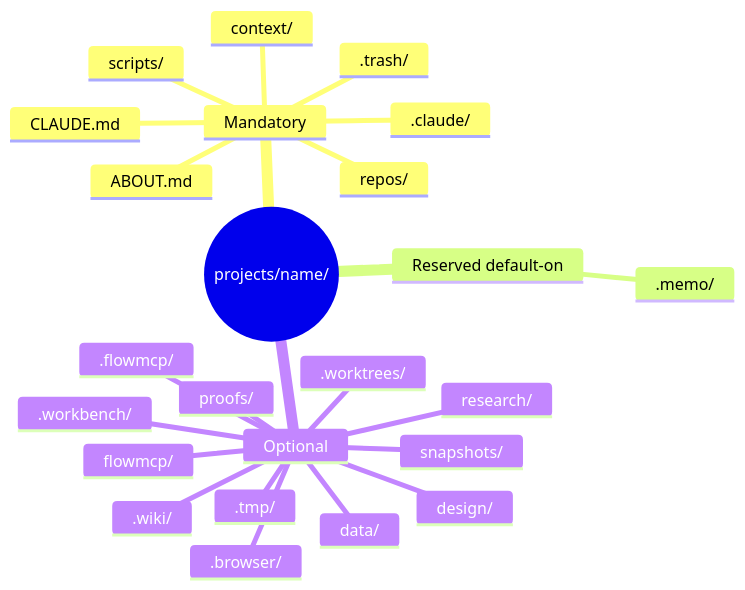
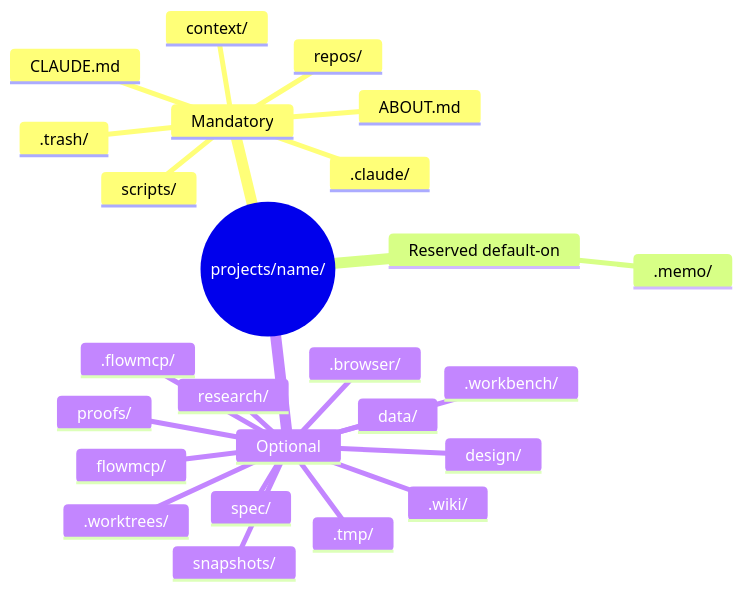
One commit to Memo-Init/spec changed the first of 2 diagrams in draft/workbench/0.1.0/spec/12-folders.md. Above: the diagram before and after it, drawn with Mermaid. The commit also changed other lines of this file and 1 other file, not shown here.

````diff
--- a/draft/workbench/0.1.0/spec/12-folders.md
+++ b/draft/workbench/0.1.0/spec/12-folders.md
@@ -61,27 +62,28 @@
 ```mermaid
 mindmap
   root((projects/name/))
     Mandatory
       .claude/
       .trash/
       ABOUT.md
       CLAUDE.md
       context/
       repos/
       scripts/
     Reserved default-on
       .memo/
     Optional
       .browser/
       .flowmcp/
       .tmp/
       .wiki/
       .workbench/
       .worktrees/
       data/
       design/
       flowmcp/
       proofs/
       research/
       snapshots/
+      spec/
 ```
````
